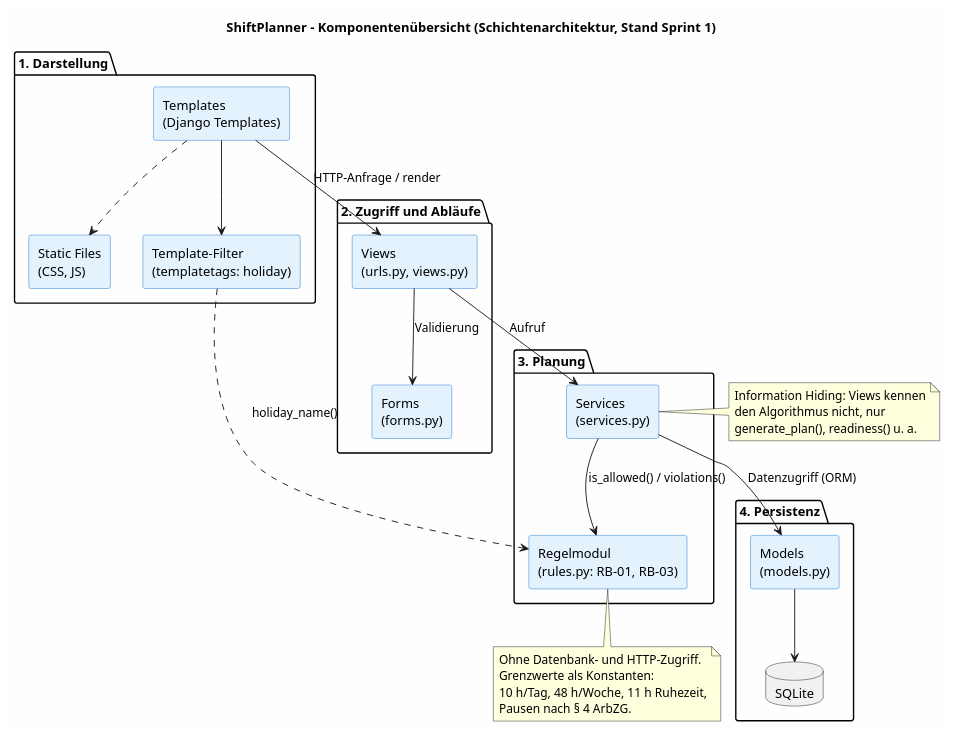
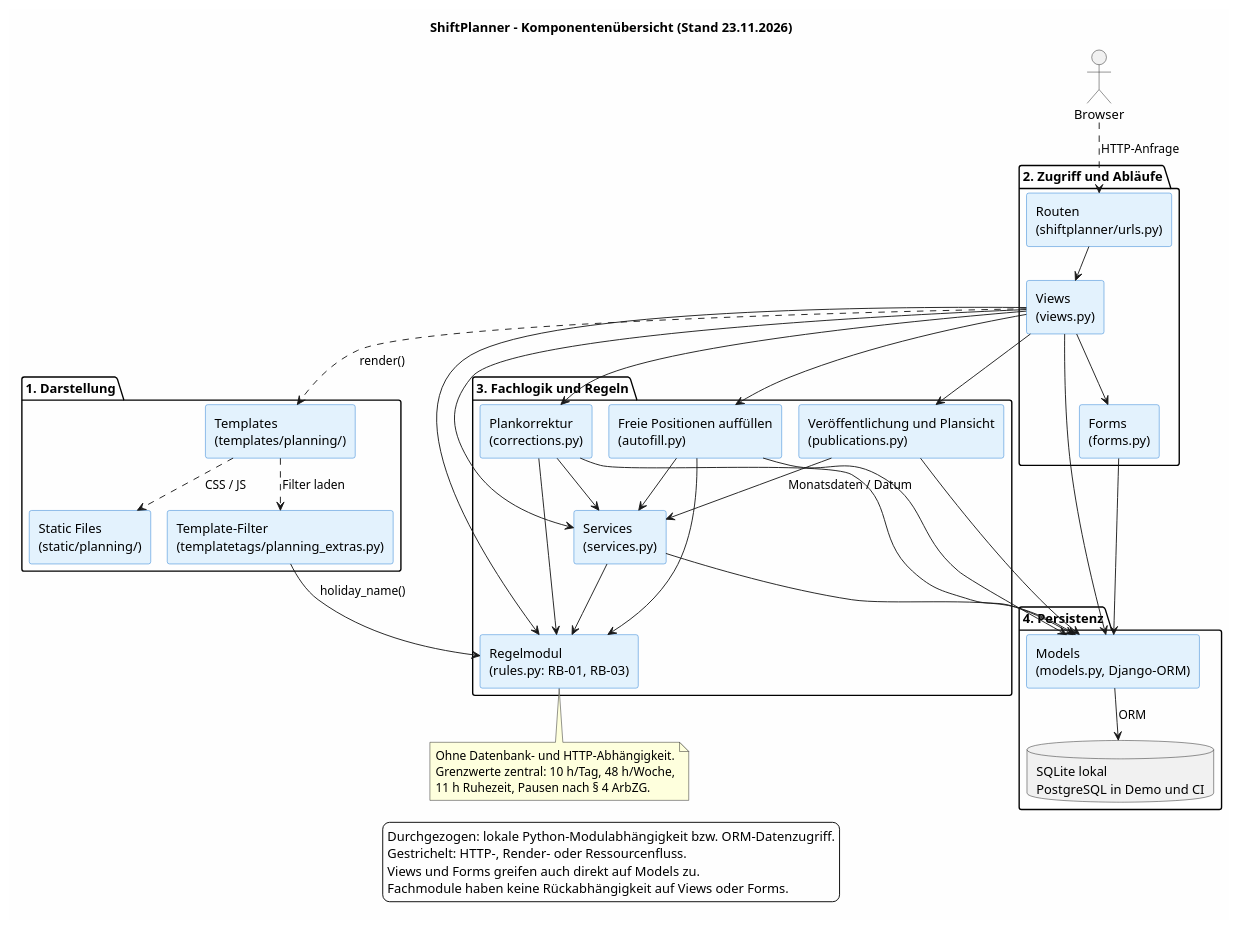
One commit to shiftplanner-hsfl-team/shiftplanner changed the diagram in docs/design/komponenten.puml. Above: the diagram before and after it, drawn with PlantUML. The commit also changed 8 other files, not shown here.

Commit message:
DESIGN #58: Übrige Entwurfsdiagramme und Architektur nachziehen

```diff
--- a/docs/design/komponenten.puml
+++ b/docs/design/komponenten.puml
@@ -1,54 +1,72 @@
 @startuml
+!pragma layout smetana
 skinparam componentStyle rectangle
 skinparam backgroundColor #FEFEFE
 skinparam componentBackgroundColor #E3F2FD
 skinparam componentBorderColor #1976D2
 skinparam componentFontColor #000000
 
-title ShiftPlanner – Komponentenübersicht (Schichtenarchitektur, Stand Sprint 1)
+title ShiftPlanner – Komponentenübersicht (Stand 23.11.2026)
 
+actor "Browser" as browser
 package "1. Darstellung" {
-  [Templates\n(Django Templates)] as templates
-  [Static Files\n(CSS, JS)] as static
-  [Template-Filter\n(templatetags: holiday)] as tags
+  [Templates\n(templates/planning/)] as templates
+  [Static Files\n(static/planning/)] as static
+  [Template-Filter\n(templatetags/planning_extras.py)] as tags
+}
+package "2. Zugriff und Abläufe" {
+  [Routen\n(shiftplanner/urls.py)] as urls
+  [Views\n(views.py)] as views
+  [Forms\n(forms.py)] as forms
+}
+package "3. Fachlogik und Regeln" {
+  [Services\n(services.py)] as services
+  [Plankorrektur\n(corrections.py)] as corrections
+  [Freie Positionen auffüllen\n(autofill.py)] as autofill
+  [Veröffentlichung und Plansicht\n(publications.py)] as publications
+  [Regelmodul\n(rules.py: RB-01, RB-03)] as rules
+}
+package "4. Persistenz" {
+  [Models\n(models.py, Django-ORM)] as models
+  database "SQLite lokal\nPostgreSQL in Demo und CI" as db
 }
 
-package "2. Zugriff und Abläufe" {
-  [Views\n(urls.py, views.py)] as views
-  [Forms\n(forms.py)] as forms
-}
-
-package "3. Planung" {
-  [Services\n(services.py)] as services
-  [Regelmodul\n(rules.py: RB-01, RB-03)] as rules
-}
-
-package "4. Persistenz" {
-  [Models\n(models.py)] as models
-  database "SQLite" as db
-}
-
-templates --> views : HTTP-Anfrage / render
-templates ..> static
-templates --> tags
-tags ..> rules : holiday_name()
-views --> forms : Validierung
-views --> services : Aufruf
-services --> rules : is_allowed() / violations()
-services --> models : Datenzugriff (ORM)
-models --> db
+browser ..> urls : HTTP-Anfrage
+urls --> views
+views ..> templates : render()
+templates ..> static : CSS / JS
+templates ..> tags : Filter laden
+tags --> rules : holiday_name()
+views --> forms
+views --> services
+views --> corrections
+views --> autofill
+views --> publications
+views --> models
+views --> rules
+forms --> models
+services --> models
+services --> rules
+corrections --> services
+corrections --> models
+corrections --> rules
+autofill --> services
+autofill --> models
+autofill --> rules
+publications --> models
+publications --> services : Monatsdaten / Datum
+models --> db : ORM
 
 note bottom of rules
-  Ohne Datenbank- und HTTP-Zugriff.
-  Grenzwerte als Konstanten:
-  10 h/Tag, 48 h/Woche, 11 h Ruhezeit,
-  Pausen nach § 4 ArbZG.
+  Ohne Datenbank- und HTTP-Abhängigkeit.
+  Grenzwerte zentral: 10 h/Tag, 48 h/Woche,
+  11 h Ruhezeit, Pausen nach § 4 ArbZG.
 end note
 
-note right of services
-  Information Hiding: Views kennen
-  den Algorithmus nicht, nur
-  generate_plan(), readiness() u. a.
-end note
-
+legend bottom
+  Durchgezogen: lokale Python-Modulabhängigkeit bzw. ORM-Datenzugriff.
+  Gestrichelt: HTTP-, Render- oder Ressourcenfluss.
+  Views und Forms greifen auch direkt auf Models zu.
+  Fachmodule haben keine Rückabhängigkeit auf Views oder Forms.
+endlegend
 @enduml
```
